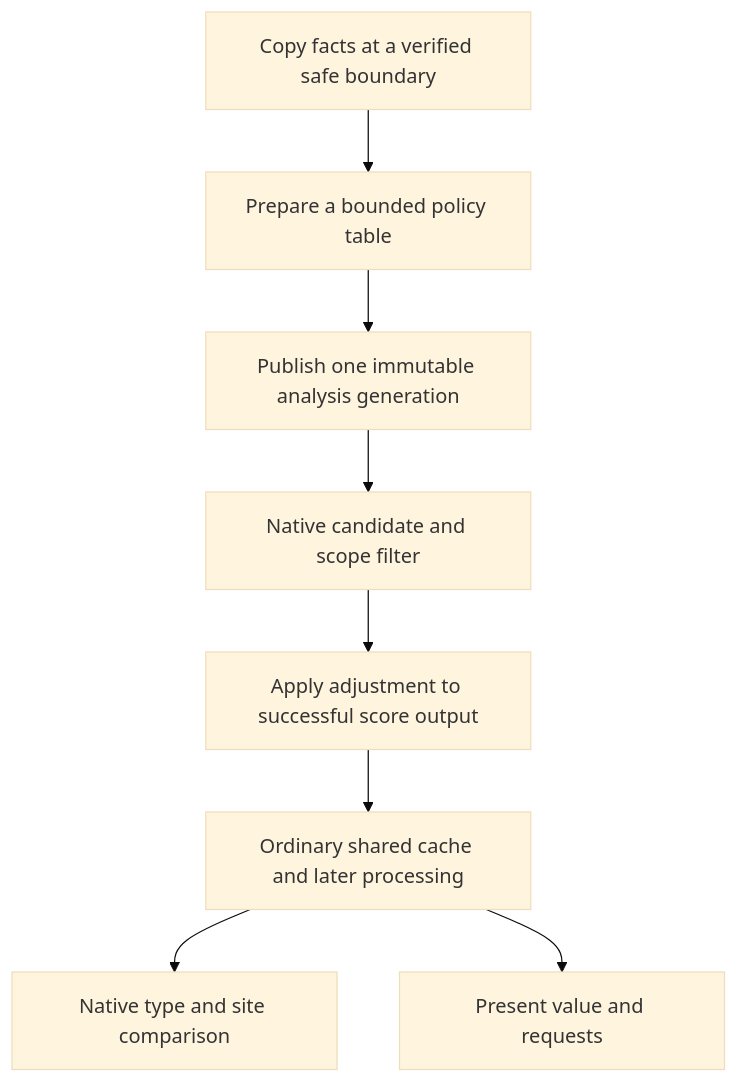
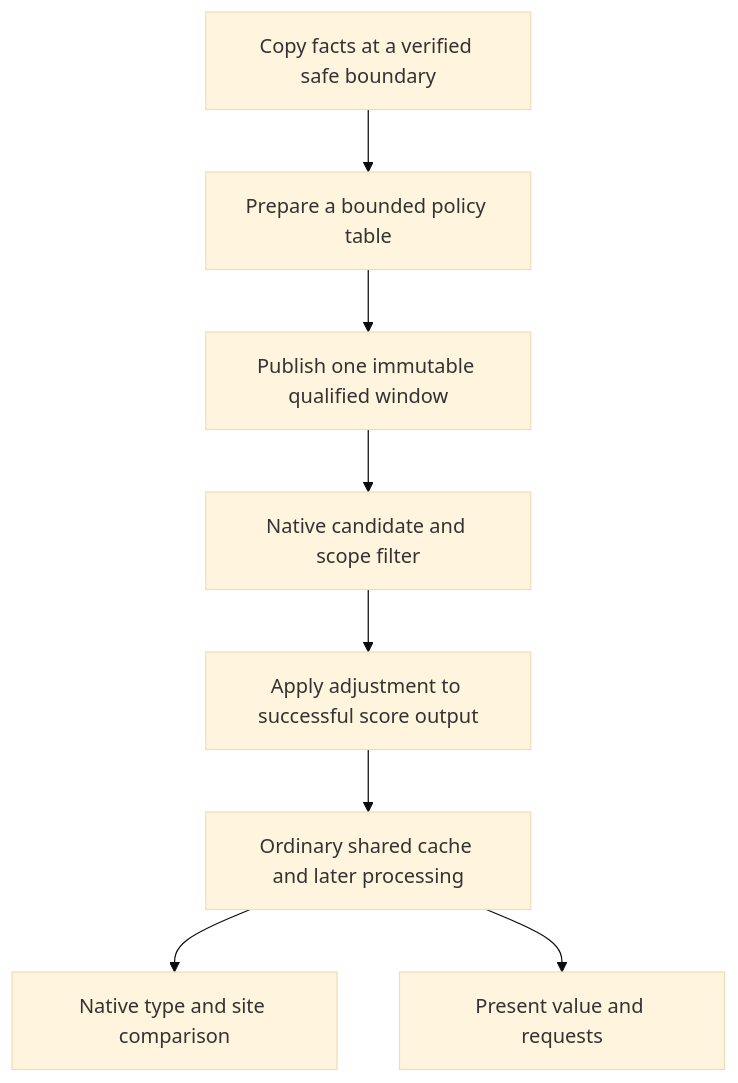
The diagram in project/docs/civ6-ai/topics/native/native-placement-extension.md (hennogous/Henno-Mods), drawn with Mermaid (base theme) before and after one commit. The commit also changed other lines of this file and 22 other files, not shown here.

````diff
--- a/project/docs/civ6-ai/topics/native/native-placement-extension.md
+++ b/project/docs/civ6-ai/topics/native/native-placement-extension.md
@@ -19,10 +25,10 @@
 ```mermaid
 flowchart TD
     A[Copy facts at a verified safe boundary] --> B[Prepare a bounded policy table]
-    B --> C[Publish one immutable analysis generation]
+    B --> C[Publish one immutable qualified window]
     C --> D[Native candidate and scope filter]
     D --> E[Apply adjustment to successful score output]
     E --> F[Ordinary shared cache and later processing]
     F --> G[Native type and site comparison]
     F --> H[Present value and requests]
 ```
````
